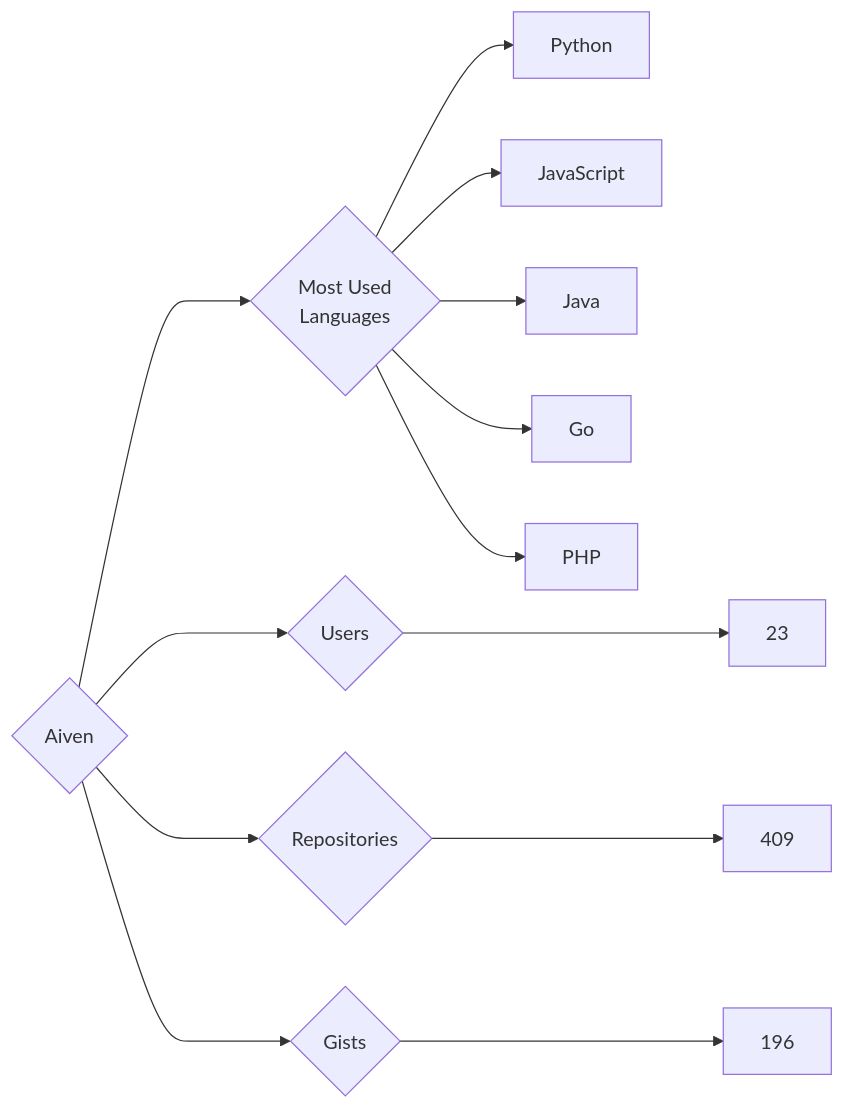
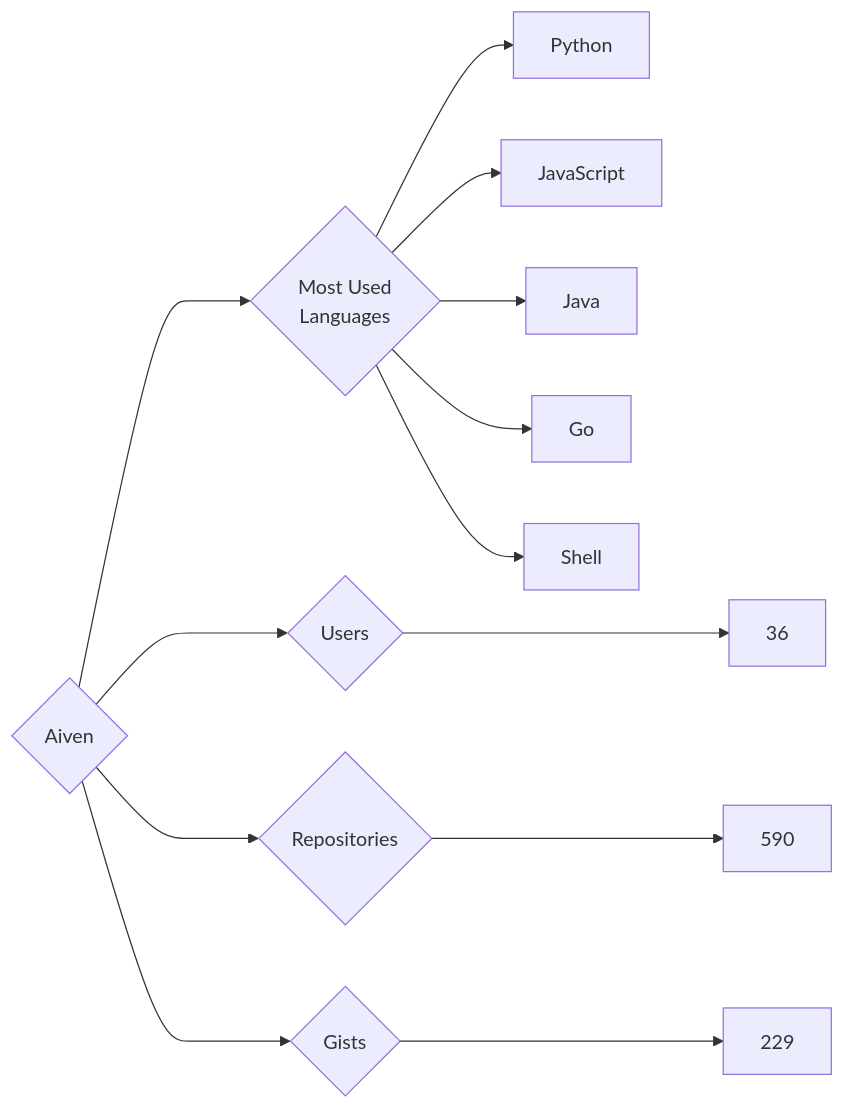
One commit to trickest/insiders changed the diagram in targets/Aiven/README.md. Above: the diagram before and after it, drawn with Mermaid. The commit also changed 874 other files, not shown here.

````diff
--- a/targets/Aiven/README.md
+++ b/targets/Aiven/README.md
@@ -3,13 +3,13 @@
 ```mermaid
 graph LR
 COMPANY_NAME{Aiven}
-COMPANY_NAME ---> U{Users} ---> UN[23]
-COMPANY_NAME ---> R{Repositories} ---> RN[409]
-COMPANY_NAME ---> G{Gists} ---> GN[196]
+COMPANY_NAME ---> U{Users} ---> UN[36]
+COMPANY_NAME ---> R{Repositories} ---> RN[590]
+COMPANY_NAME ---> G{Gists} ---> GN[229]
 COMPANY_NAME ---> ML{Most Used<br>Languages}
 ML --> Python[Python]
 ML --> JavaScript[JavaScript]
 ML --> Java[Java]
 ML --> Go[Go]
-ML --> PHP[PHP]
+ML --> Shell[Shell]
 ```
````
